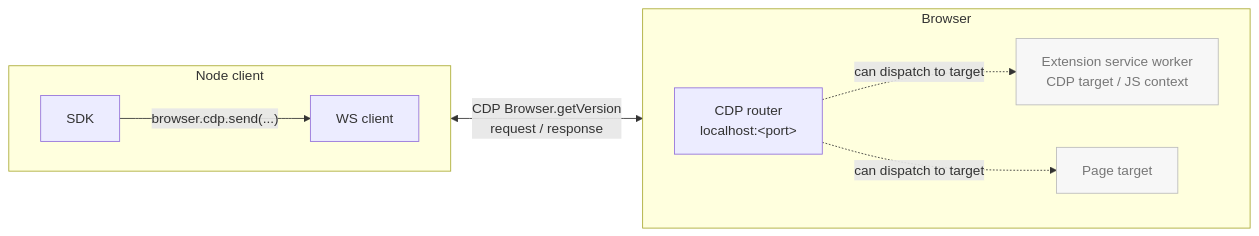
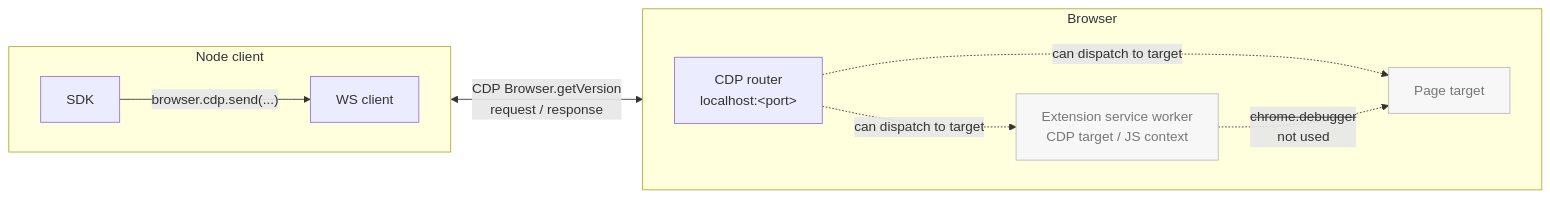
One commit to pirate/chrome-cdp-extension-bridge changed the first of 4 diagrams in README.md. Above: the diagram before and after it, drawn with Mermaid. The commit also changed other lines of this file and 1 other file, not shown here.

Commit message:
better diagrams

````diff
--- a/README.md
+++ b/README.md
@@ -43,23 +43,24 @@
 ```mermaid
 flowchart LR
   subgraph Node["Node client"]
     direction LR
     SDK["SDK"]
     WS["WS client"]
     SDK -->|"browser.cdp.send(...)"| WS
   end
 
   subgraph Browser["Browser"]
     direction LR
     CDP["CDP router<br/>localhost:&lt;port&gt;"]
     SW["Extension service worker<br/>CDP target / JS context"]
     Page["Page target"]
     CDP -. "can dispatch to target" .-> SW
     CDP -. "can dispatch to target" .-> Page
+    SW -. "<s>chrome.debugger</s><br/>not used" .-> Page
   end
 
   WS <-->|"CDP Browser.getVersion<br/>request / response"| CDP
 
   classDef idle fill:#f7f7f7,stroke:#bbb,color:#777;
   class SW,Page idle;
 ```
````
